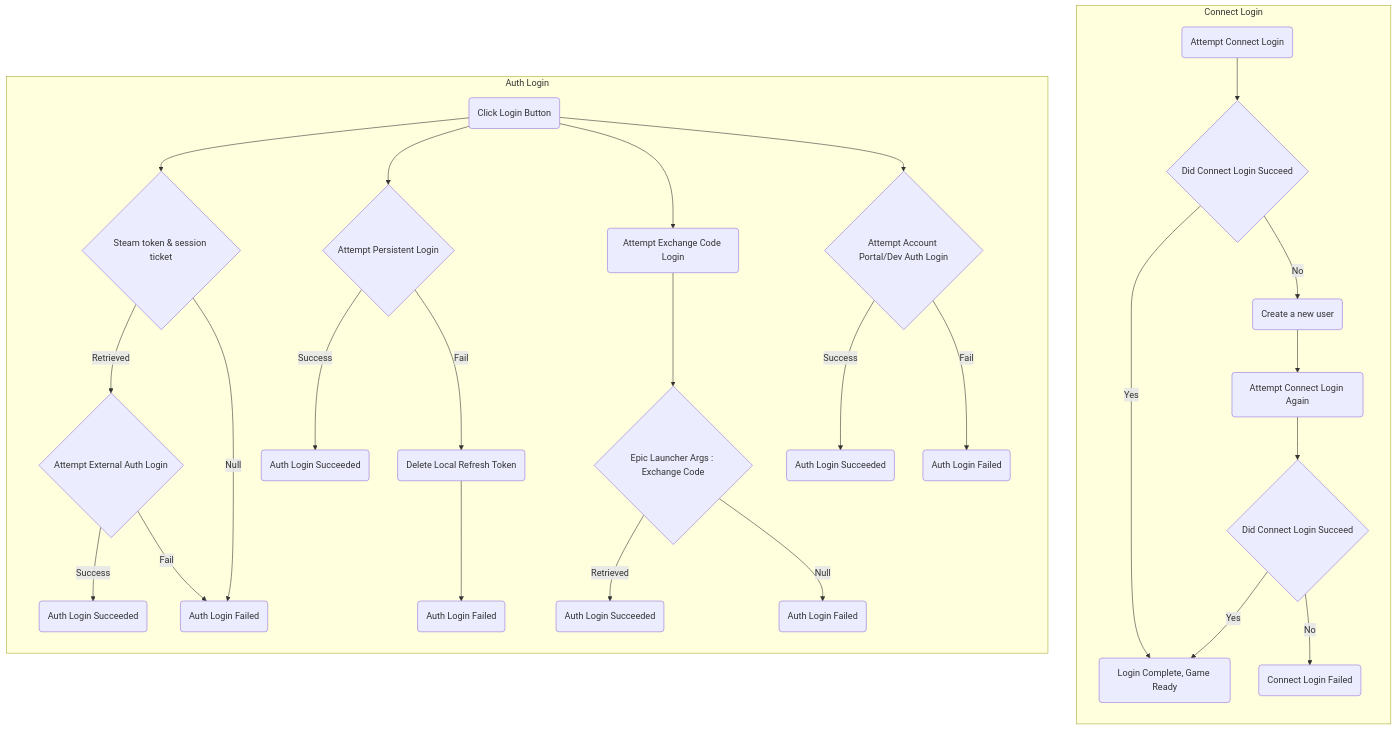
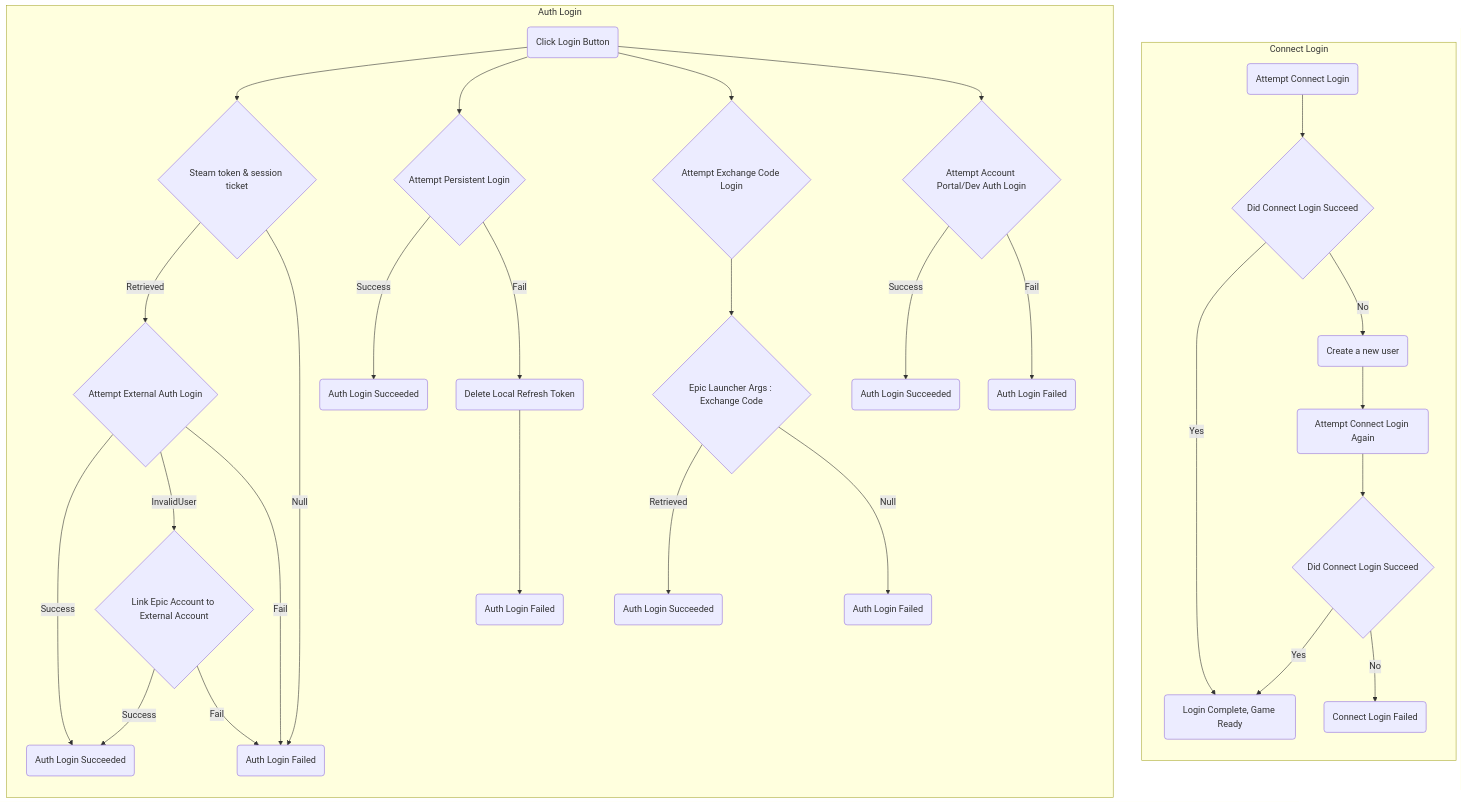
One commit to EOS-Contrib/eos_plugin_for_unity changed the diagram in docs/readme_login.md. Above: the diagram before and after it, drawn with Mermaid. The commit also changed other lines of this file and 2 other files, not shown here.

Commit message:
doc(login) : Feedback ingestion updates

````diff
--- a/docs/readme_login.md
+++ b/docs/readme_login.md
@@ -49,57 +50,60 @@
 ```mermaid
 flowchart
   direction LR
 
     subgraph CL[Connect Login]
       direction TB
   
       I(Attempt Connect Login);
       J{Did Connect Login Succeed};
       K(Create a new user)
       L(Attempt Connect Login Again);
       M{Did Connect Login Succeed};
       N(Login Complete, Game Ready);
       O(Connect Login Failed);
     
       I-->J-->|Yes|N;
           J-->| No|K-->L-->M-->|Yes|N;
                            M-->| No|O;
 
     end;
     
     subgraph AL[Auth Login]
       direction TB
   
       A(Click Login Button);
       B{Attempt External Auth Login};
       C{Attempt Persistent Login};
-      D(Attempt Exchange Code Login);
+      D{Attempt Exchange Code Login};
       E{Attempt Account Portal/Dev Auth Login};
       F(Delete Local Refresh Token);
       G{Steam token & session ticket};
       H{Epic Launcher Args : Exchange Code};
+      P{Link Epic Account to External Account};
       
       S(Auth Login Succeeded);
       T(Auth Login Succeeded); 
       U(Auth Login Succeeded);
       V(Auth Login Succeeded);
       W(Auth Login Failed);
       X(Auth Login Failed);
       Y(Auth Login Failed);
       Z(Auth Login Failed);
       
 
       A-->G-->|Retrieved|B-->|Success|S;
+                         B-->|InvalidUser|P-->|Success|S;
+                                          P-->|  Fail |W;
                          B-->|  Fail |W;
           G-->|  Null |W;
       A-->C-->|Success|T;
           C-->|  Fail |F-->X;
       A-->D-->H-->|Retrieved|U;
               H-->|  Null |Y;
       A-->E-->|Success|V;
           E-->|  Fail |Z;
     end;
   
 
     
 ```
````
